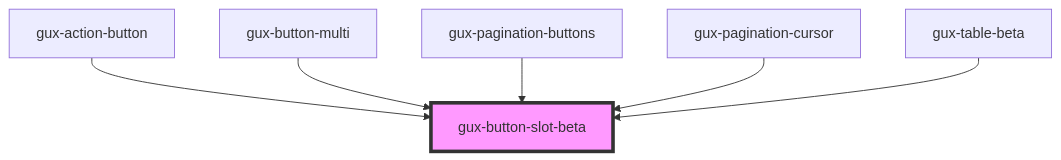
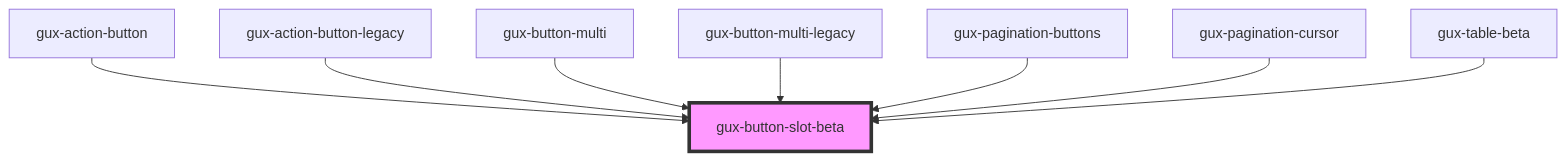
Before and after one commit to MyPureCloud/genesys-spark: the diagram in src/components/beta/gux-button-slot/readme.md, drawn with Mermaid. The commit also changed other lines of this file and 134 other files, not shown here.

````diff
--- a/src/components/beta/gux-button-slot/readme.md
+++ b/src/components/beta/gux-button-slot/readme.md
@@ -30,9 +32,11 @@
 ```mermaid
 graph TD;
   gux-action-button --> gux-button-slot-beta
+  gux-action-button-legacy --> gux-button-slot-beta
   gux-button-multi --> gux-button-slot-beta
+  gux-button-multi-legacy --> gux-button-slot-beta
   gux-pagination-buttons --> gux-button-slot-beta
   gux-pagination-cursor --> gux-button-slot-beta
   gux-table-beta --> gux-button-slot-beta
   style gux-button-slot-beta fill:#f9f,stroke:#333,stroke-width:4px
 ```
````
